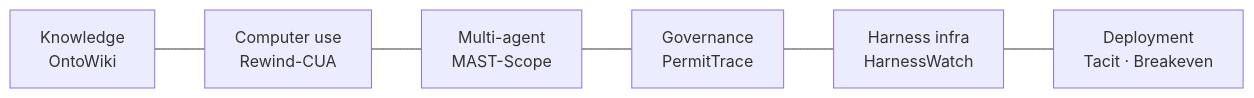
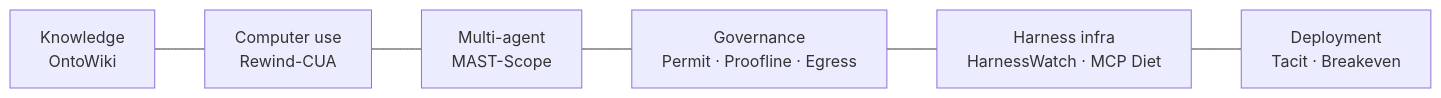
One commit to zysen1/zysen1 changed the diagram in README.md. Above: the diagram before and after it, drawn with Mermaid. The commit also changed other lines of this file, not shown here.

First line of the commit message:
Ship Proofline, MCP-Diet, and Egress-Ledger on the profile. (#4)

````diff
--- a/README.md
+++ b/README.md
@@ -43,4 +43,4 @@
 ```mermaid
 flowchart LR
-  KM["Knowledge<br/>OntoWiki"] --- CU["Computer use<br/>Rewind-CUA"] --- MR["Multi-agent<br/>MAST-Scope"] --- SG["Governance<br/>PermitTrace"] --- CI["Harness infra<br/>HarnessWatch"] --- FD["Deployment<br/>Tacit · Breakeven"]
+  KM["Knowledge<br/>OntoWiki"] --- CU["Computer use<br/>Rewind-CUA"] --- MR["Multi-agent<br/>MAST-Scope"] --- SG["Governance<br/>Permit · Proofline · Egress"] --- CI["Harness infra<br/>HarnessWatch · MCP Diet"] --- FD["Deployment<br/>Tacit · Breakeven"]
 ```
````
